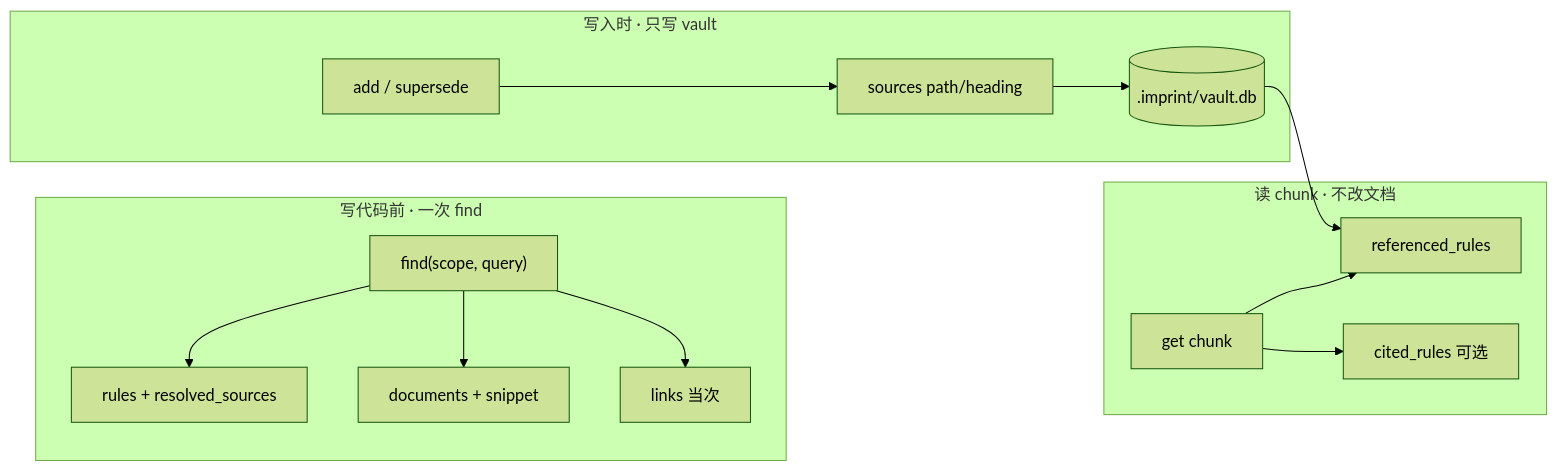
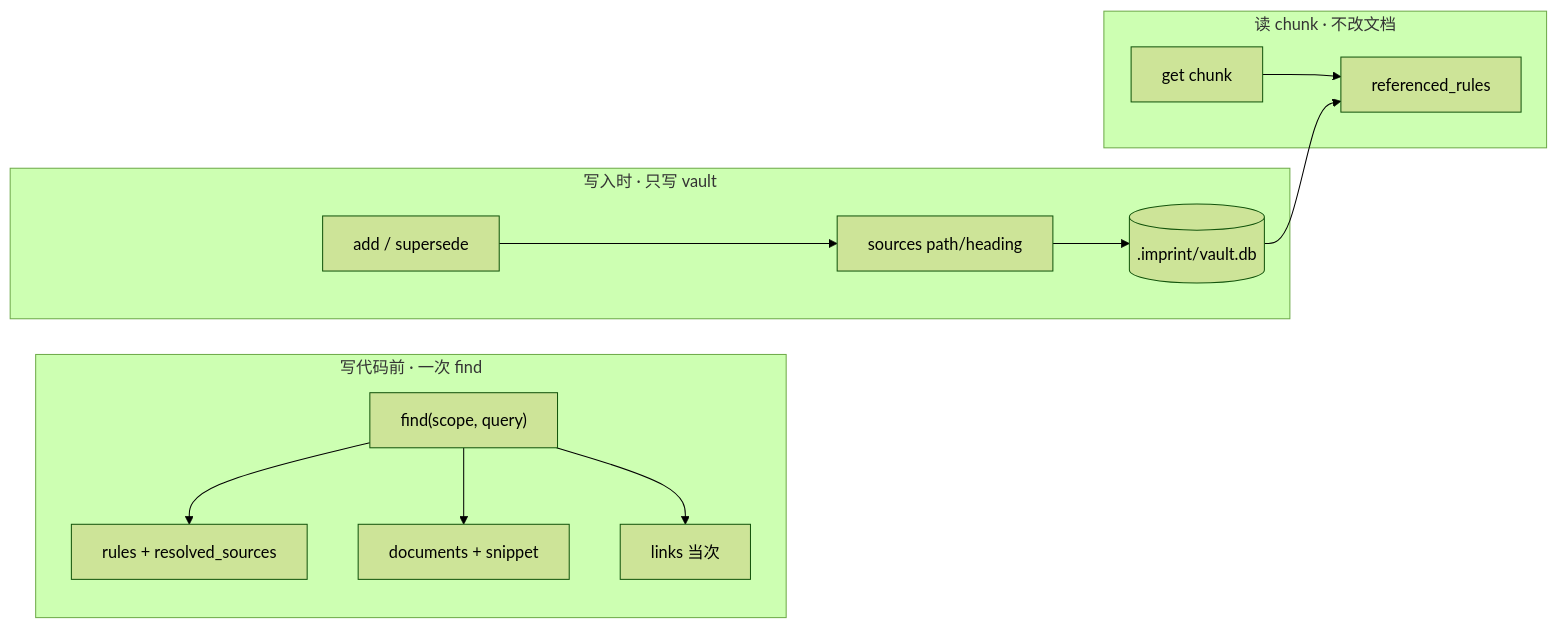
Before and after one commit to SteamedBread2333/imprint: the diagram in docs/shelves-builtin.zh.md, drawn with Mermaid (forest theme). The commit also changed other lines of this file and 28 other files, not shown here.

````diff
--- a/docs/shelves-builtin.zh.md
+++ b/docs/shelves-builtin.zh.md
@@ -25,21 +25,20 @@
 ```mermaid
 flowchart LR
   subgraph recall [写代码前 · 一次 find]
     F["find(scope, query)"]
     F --> R[rules + resolved_sources]
     F --> D[documents + snippet]
     F --> L[links 当次]
   end
 
   subgraph persist [写入时 · 只写 vault]
     A[add / supersede] --> S[sources path/heading]
     S --> V[(.imprint/vault.db)]
   end
 
   subgraph reverse [读 chunk · 不改文档]
     G["get chunk"] --> RR[referenced_rules]
-    G --> CR[cited_rules 可选]
   end
 
   V --> RR
 ```
````
